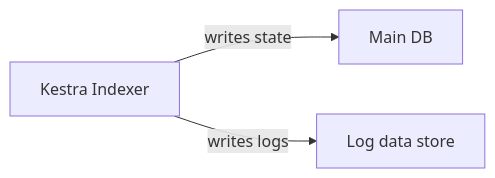
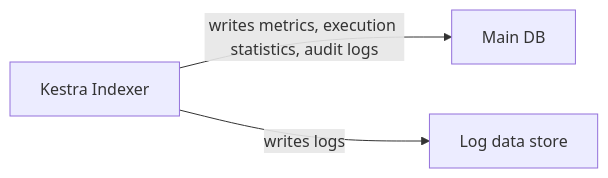
One commit to kestra-io/docs changed the diagram in src/contents/docs/10.administrator-guide/log-data-store/index.md. Above: the diagram before and after it, drawn with Mermaid. The commit also changed other lines of this file and 26 other files, not shown here.

````diff
--- a/src/contents/docs/10.administrator-guide/log-data-store/index.md
+++ b/src/contents/docs/10.administrator-guide/log-data-store/index.md
@@ -27,5 +27,5 @@
 ```mermaid
 graph LR
-    I[Kestra Indexer] -->|writes state| M[Main DB]
+    I[Kestra Indexer] -->|writes metrics, execution statistics, audit logs| M[Main DB]
     I -->|writes logs| L[Log data store]
 ```
````
